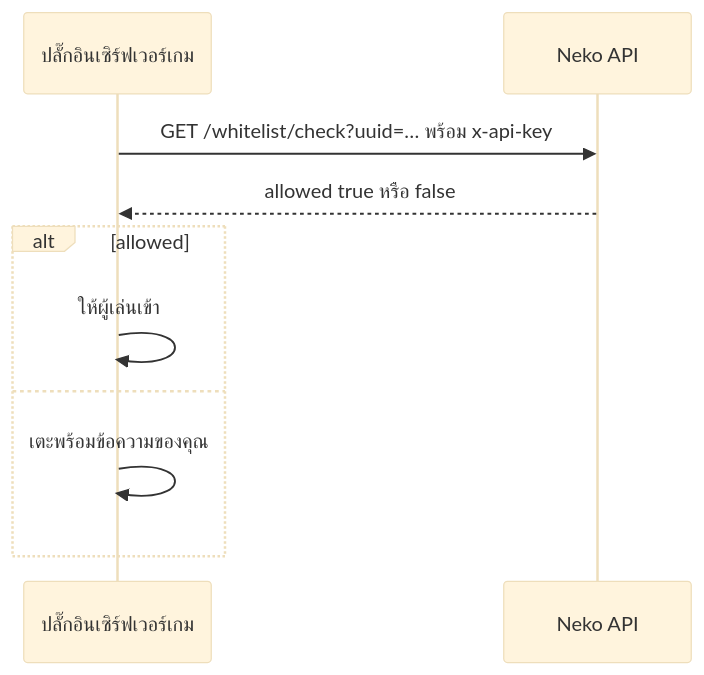
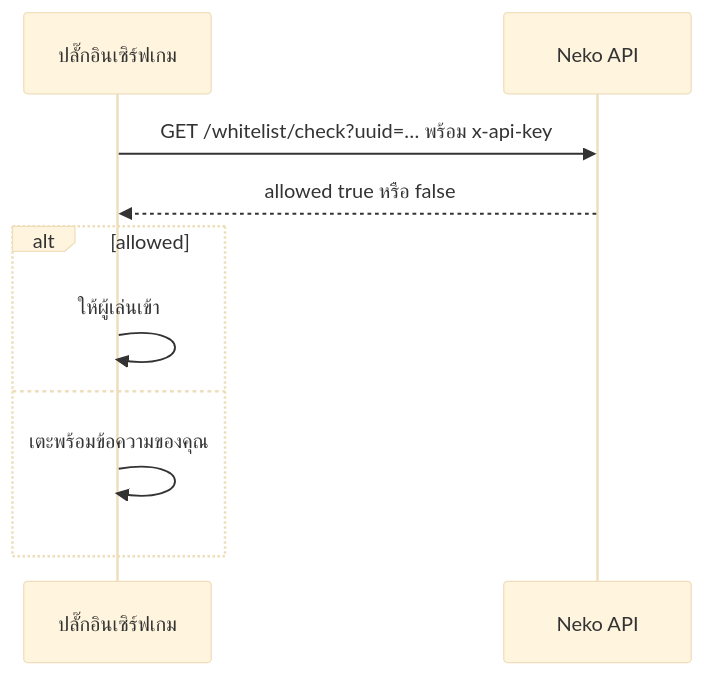
One commit to alice-magic/wiki changed the diagram in th/neko-launcher/server-api.md. Above: the diagram before and after it, drawn with Mermaid (base theme). The commit also changed other lines of this file and 5 other files, not shown here.

````diff
--- a/th/neko-launcher/server-api.md
+++ b/th/neko-launcher/server-api.md
@@ -54,12 +146,12 @@
 ```mermaid
 sequenceDiagram
-    participant G as ปลั๊กอินเซิร์ฟเวอร์เกม
+    participant G as ปลั๊กอินเซิร์ฟเกม
     participant API as Neko API
     G->>API: GET /whitelist/check?uuid=… พร้อม x-api-key
     API-->>G: allowed true หรือ false
     alt allowed
         G->>G: ให้ผู้เล่นเข้า
     else
         G->>G: เตะพร้อมข้อความของคุณ
     end
 ```
````
